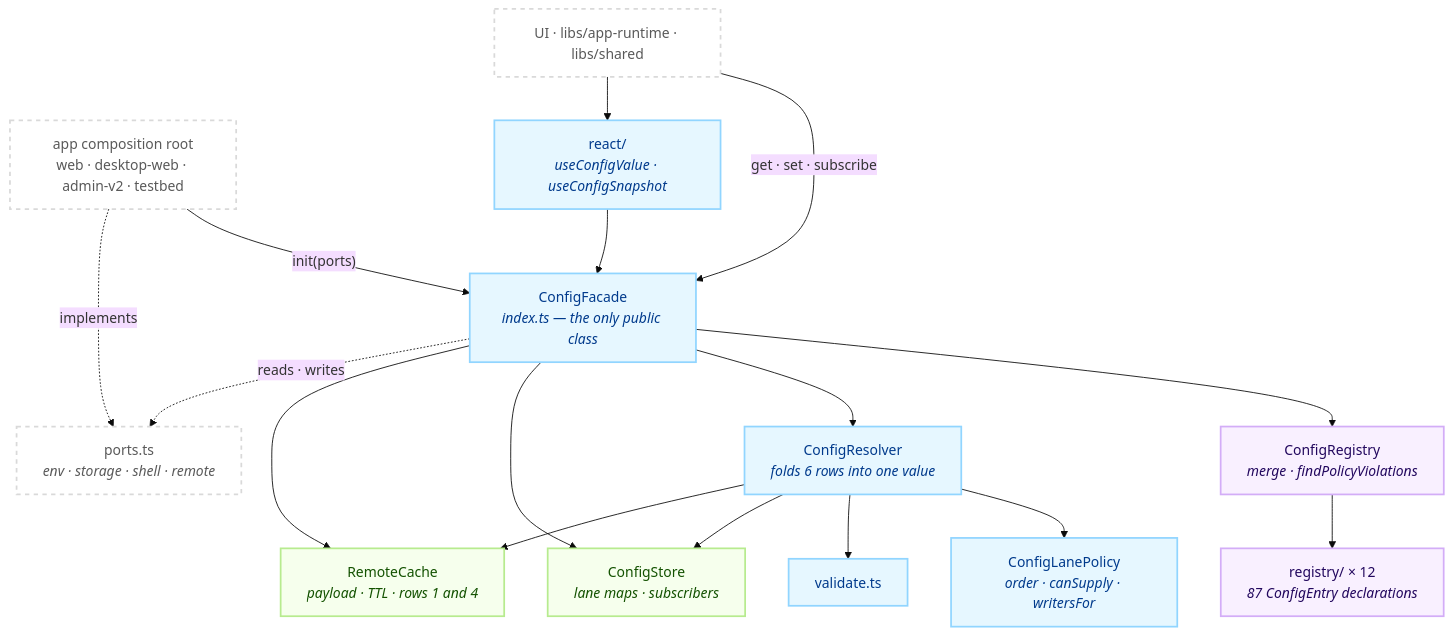
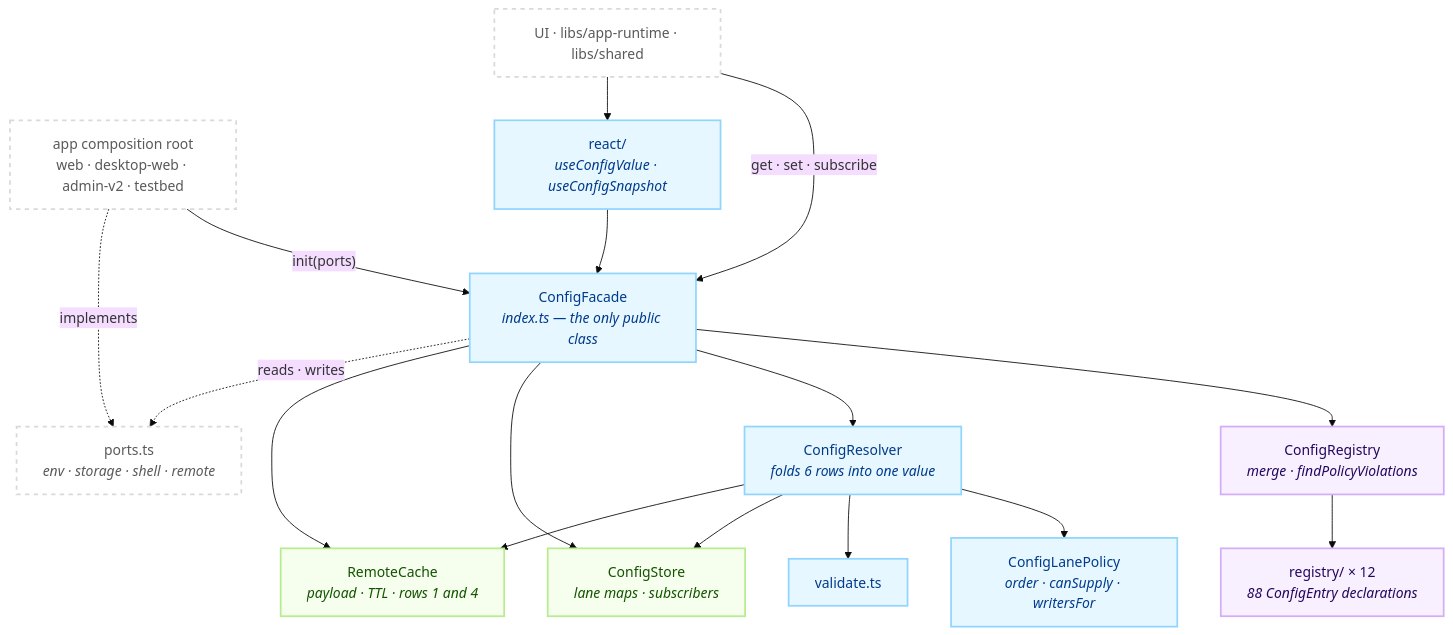
One commit to lemoncloud-io/dou-app changed the first of 2 diagrams in libs/config/README.md. Above: the diagram before and after it, drawn with Mermaid (base theme). The commit also changed other lines of this file and 23 other files, not shown here.

````diff
--- a/libs/config/README.md
+++ b/libs/config/README.md
@@ -60,40 +60,40 @@
 ```mermaid
 flowchart TD
     classDef decl fill:#f9f0ff,stroke:#d3adf7,stroke-width:2px,color:#22075e;
     classDef resl fill:#e6f7ff,stroke:#91d5ff,stroke-width:2px,color:#003a8c;
     classDef hold fill:#f6ffed,stroke:#b7eb8f,stroke-width:2px,color:#135200;
     classDef ext fill:#ffffff,stroke:#d9d9d9,stroke-width:2px,color:#595959,stroke-dasharray: 5 5;
 
     App["app composition root<br/>web · desktop-web · admin-v2 · testbed"]:::ext
     UI["UI · libs/app-runtime · libs/shared"]:::ext
 
     Facade["ConfigFacade<br/><i>index.ts — the only public class</i>"]:::resl
     React["react/<br/><i>useConfigValue · useConfigSnapshot</i>"]:::resl
 
     Registry["ConfigRegistry<br/><i>merge · findPolicyViolations</i>"]:::decl
-    Modules["registry/ × 12<br/><i>87 ConfigEntry declarations</i>"]:::decl
+    Modules["registry/ × 12<br/><i>88 ConfigEntry declarations</i>"]:::decl
 
     Resolver["ConfigResolver<br/><i>folds 6 rows into one value</i>"]:::resl
     Policy["ConfigLanePolicy<br/><i>order · canSupply · writersFor</i>"]:::resl
     Validate["validate.ts"]:::resl
 
     Store["ConfigStore<br/><i>lane maps · subscribers</i>"]:::hold
     Remote["RemoteCache<br/><i>payload · TTL · rows 1 and 4</i>"]:::hold
 
     Ports["ports.ts<br/><i>env · storage · shell · remote</i>"]:::ext
 
     App -->|"init(ports)"| Facade
     UI -->|"get · set · subscribe"| Facade
     UI --> React
     React --> Facade
     Facade --> Registry --> Modules
     Facade --> Resolver
     Facade --> Store
     Facade --> Remote
     Resolver --> Policy
     Resolver --> Validate
     Resolver --> Store
     Resolver --> Remote
     Facade -.->|"reads · writes"| Ports
     App -.->|"implements"| Ports
 ```
````
